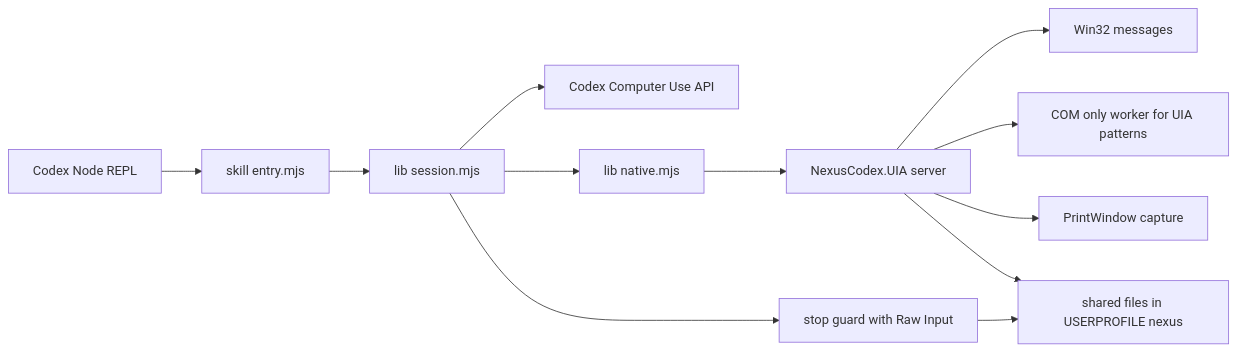
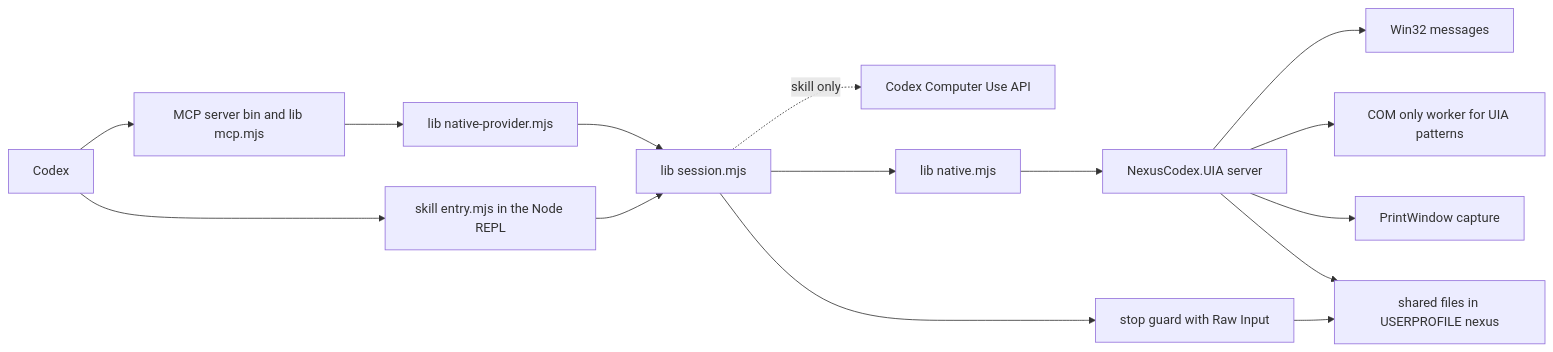
The diagram in README.md (pironjulien/NexusWindows-Codex), drawn with Mermaid before and after one commit. The commit also changed other lines of this file and 18 other files, not shown here.

````diff
--- a/README.md
+++ b/README.md
@@ -183,14 +290,17 @@
 ```mermaid
 flowchart LR
-    Codex["Codex Node REPL"] --> Skill["skill entry.mjs"]
-    Skill --> Session["lib session.mjs"]
-    Session --> Sky["Codex Computer Use API"]
+    Codex["Codex"] --> MCP["MCP server bin and lib mcp.mjs"]
+    MCP --> Provider["lib native-provider.mjs"]
+    Provider --> Session["lib session.mjs"]
+    Codex --> Skill["skill entry.mjs in the Node REPL"]
+    Skill --> Session
+    Session -. skill only .-> Sky["Codex Computer Use API"]
     Session --> Native["lib native.mjs"]
     Native --> Helper["NexusCodex.UIA server"]
     Helper --> Messages["Win32 messages"]
     Helper --> ComWorker["COM only worker for UIA patterns"]
     Helper --> Capture["PrintWindow capture"]
     Session --> Guard["stop guard with Raw Input"]
     Guard --> Shared["shared files in USERPROFILE nexus"]
     Helper --> Shared
 ```
````
